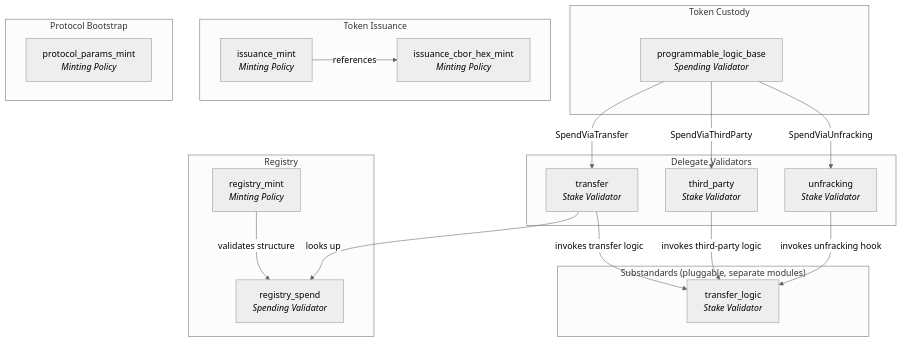
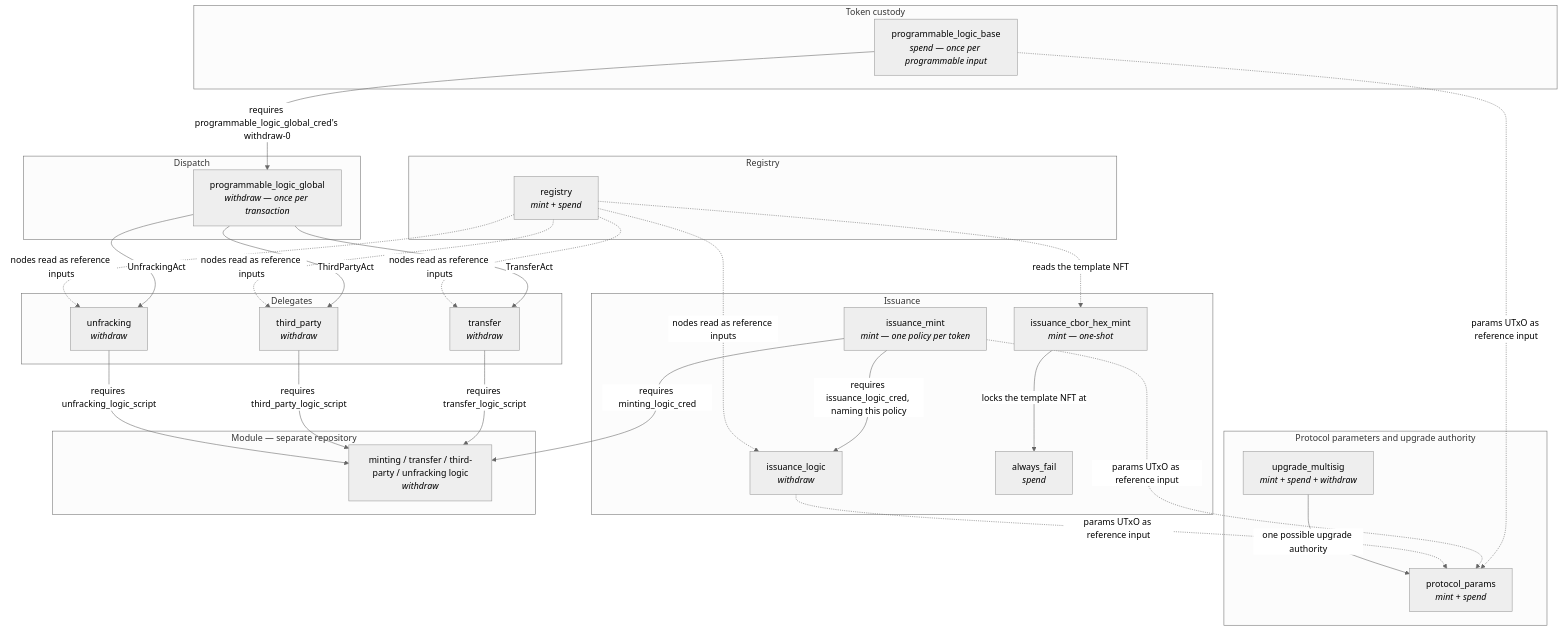
Before and after one commit to cardano-foundation/cardano-dev-skills: the first of 3 diagrams in docs/sources/cip-113-programmable-tokens/documentation/02-ARCHITECTURE.md, drawn with Mermaid (neutral theme). The commit also changed other lines of this file and 10 other files, not shown here.

````diff
--- a/docs/sources/cip-113-programmable-tokens/documentation/02-ARCHITECTURE.md
+++ b/docs/sources/cip-113-programmable-tokens/documentation/02-ARCHITECTURE.md
@@ -56,40 +88,56 @@
 ```mermaid
 graph TB
-    subgraph "Token Custody"
-        PLB[programmable_logic_base<br/><i>Spending Validator</i>]
+    subgraph "Token custody"
+        PLB["programmable_logic_base<br/><i>spend — once per programmable input</i>"]
     end
 
-    subgraph "Delegate Validators"
-        TR[transfer<br/><i>Stake Validator</i>]
-        TP[third_party<br/><i>Stake Validator</i>]
-        UF[unfracking<br/><i>Stake Validator</i>]
+    subgraph "Dispatch"
+        PLG["programmable_logic_global<br/><i>withdraw — once per transaction</i>"]
+    end
+
+    subgraph "Delegates"
+        TR["transfer<br/><i>withdraw</i>"]
+        TP["third_party<br/><i>withdraw</i>"]
+        UF["unfracking<br/><i>withdraw</i>"]
     end
 
     subgraph "Registry"
-        RM[registry_mint<br/><i>Minting Policy</i>]
-        RS[registry_spend<br/><i>Spending Validator</i>]
+        REG["registry<br/><i>mint + spend</i>"]
     end
 
-    subgraph "Token Issuance"
-        IM[issuance_mint<br/><i>Minting Policy</i>]
-        ICH[issuance_cbor_hex_mint<br/><i>Minting Policy</i>]
+    subgraph "Issuance"
+        IM["issuance_mint<br/><i>mint — one policy per token</i>"]
+        IL["issuance_logic<br/><i>withdraw</i>"]
+        ICH["issuance_cbor_hex_mint<br/><i>mint — one-shot</i>"]
+        AF["always_fail<br/><i>spend</i>"]
     end
 
-    subgraph "Protocol Bootstrap"
-        PP[protocol_params_mint<br/><i>Minting Policy</i>]
+    subgraph "Protocol parameters and upgrade authority"
+        PP["protocol_params<br/><i>mint + spend</i>"]
+        UM["upgrade_multisig<br/><i>mint + spend + withdraw</i>"]
     end
 
-    subgraph "Substandards (pluggable, separate modules)"
-        TL[transfer_logic<br/><i>Stake Validator</i>]
+    subgraph "Module — separate repository"
+        SUB["minting / transfer / third-party / unfracking logic<br/><i>withdraw</i>"]
     end
 
-    PLB -->|"SpendViaTransfer"| TR
-    PLB -->|"SpendViaThirdParty"| TP
-    PLB -->|"SpendViaUnfracking"| UF
-    TR -->|"looks up"| RS
-    TR -->|"invokes transfer logic"| TL
-    TP -->|"invokes third-party logic"| TL
-    UF -->|"invokes unfracking hook"| TL
-    RM -->|"validates structure"| RS
-    IM -->|"references"| ICH
+    PLB -->|"requires programmable_logic_global_cred's withdraw-0"| PLG
+    PLG -->|"TransferAct"| TR
+    PLG -->|"ThirdPartyAct"| TP
+    PLG -->|"UnfrackingAct"| UF
+    TR -->|"requires transfer_logic_script"| SUB
+    TP -->|"requires third_party_logic_script"| SUB
+    UF -->|"requires unfracking_logic_script"| SUB
+    IM -->|"requires minting_logic_cred"| SUB
+    IM -->|"requires issuance_logic_cred, naming this policy"| IL
+    REG -.->|"nodes read as reference inputs"| TR
+    REG -.->|"nodes read as reference inputs"| TP
+    REG -.->|"nodes read as reference inputs"| UF
+    REG -.->|"nodes read as reference inputs"| IL
+    REG -.->|"reads the template NFT"| ICH
+    ICH -->|"locks the template NFT at"| AF
+    PLB -.->|"params UTxO as reference input"| PP
+    IM -.->|"params UTxO as reference input"| PP
+    IL -.->|"params UTxO as reference input"| PP
+    UM -->|"one possible upgrade authority"| PP
 ```
````
